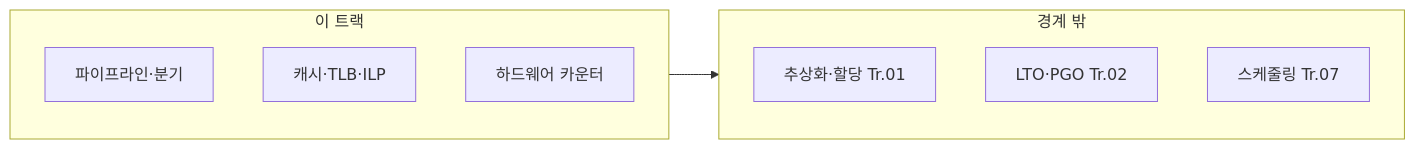
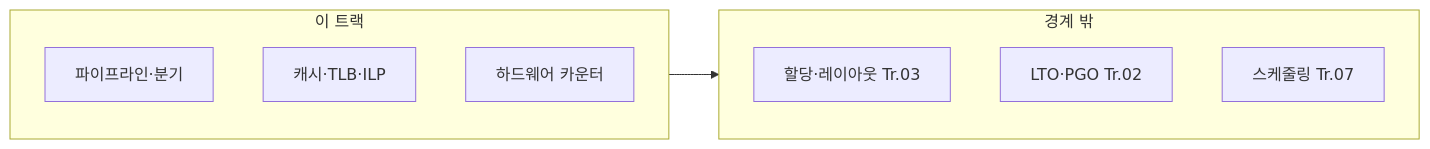
The diagram in content/collection/optimization-06-cpu-microarchitecture/00-introduction/index.md (42jerrykim/42jerrykim.github.io), drawn with Mermaid before and after one commit. The commit also changed other lines of this file and 12 other files, not shown here.

````diff
--- a/content/collection/optimization-06-cpu-microarchitecture/00-introduction/index.md
+++ b/content/collection/optimization-06-cpu-microarchitecture/00-introduction/index.md
@@ -158,14 +158,14 @@
 ```mermaid
 flowchart LR
   subgraph inScope [이 트랙]
     A["파이프라인·분기"]
     B["캐시·TLB·ILP"]
     C["하드웨어 카운터"]
   end
   subgraph outScope [경계 밖]
-    D["추상화·할당 Tr.01"]
+    D["할당·레이아웃 Tr.03"]
     E["LTO·PGO Tr.02"]
     F["스케줄링 Tr.07"]
   end
   inScope --> outScope
 ```
````
